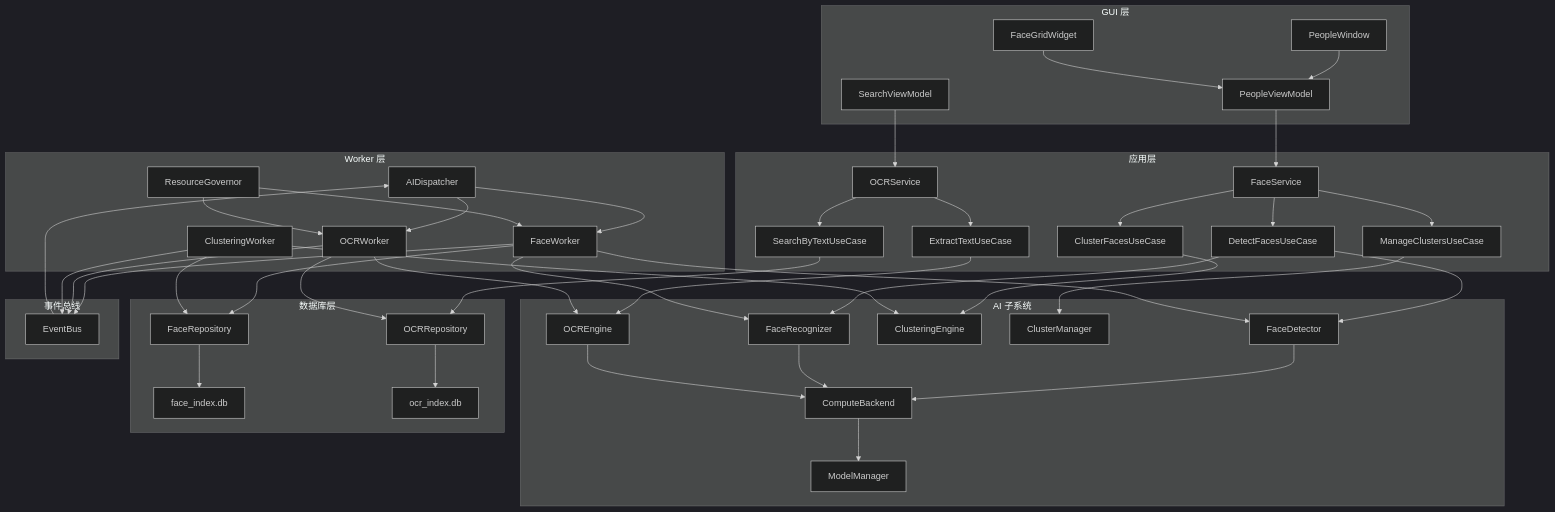
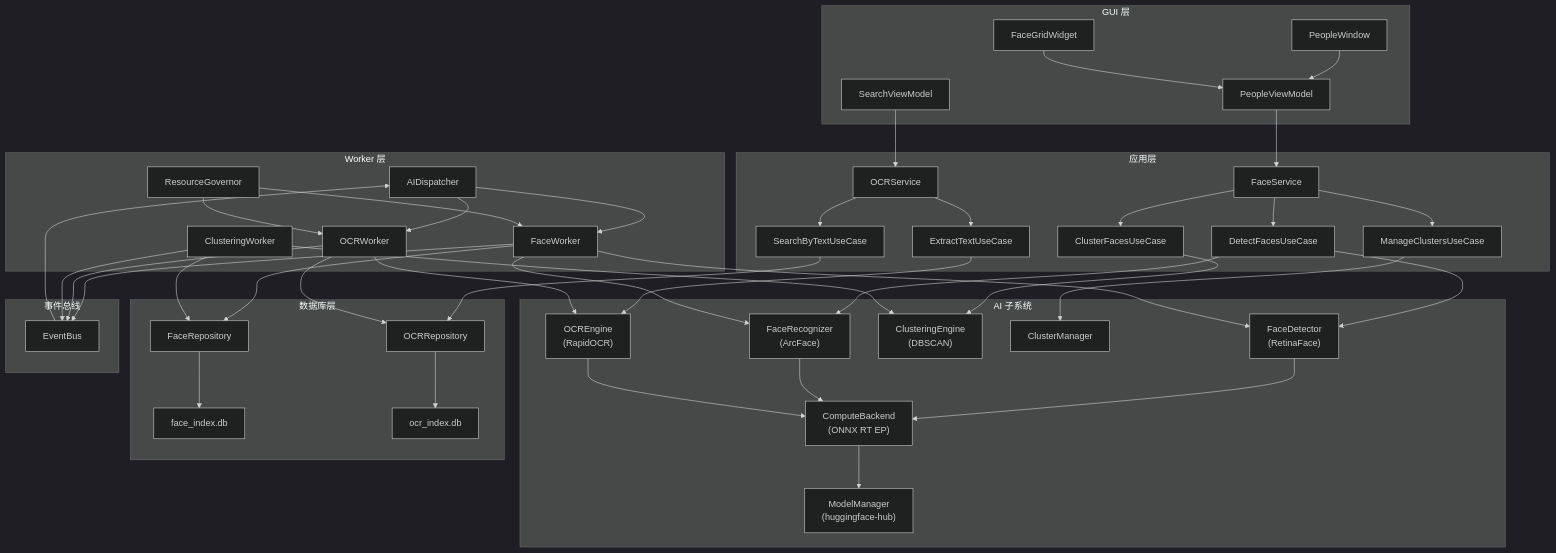
Before and after one commit to OliverZhaohaibin/iPhotron-LocalPhotoAlbumManager: the first of 7 diagrams in docs/requirements/face&OCR/development.md, drawn with Mermaid (dark theme). The commit also changed other lines of this file, not shown here.

First line of the commit message:
Replace development.md with Plan B (InsightFace + RapidOCR + ONNX Runtime)

```diff
--- a/docs/requirements/face&OCR/development.md
+++ b/docs/requirements/face&OCR/development.md
@@ -154,13 +182,13 @@
     end
 
     subgraph AI["AI 子系统"]
-        FaceDetector["FaceDetector"]
-        FaceRecognizer["FaceRecognizer"]
-        ClusterEngine["ClusteringEngine"]
+        FaceDetector["FaceDetector<br/>(RetinaFace)"]
+        FaceRecognizer["FaceRecognizer<br/>(ArcFace)"]
+        ClusterEngine["ClusteringEngine<br/>(DBSCAN)"]
         ClusterMgr["ClusterManager"]
-        OCREngine["OCREngine"]
-        Backend["ComputeBackend"]
-        ModelMgr["ModelManager"]
+        OCREngine["OCREngine<br/>(RapidOCR)"]
+        Backend["ComputeBackend<br/>(ONNX RT EP)"]
+        ModelMgr["ModelManager<br/>(huggingface-hub)"]
     end
 
     subgraph Workers["Worker 层"]
```
